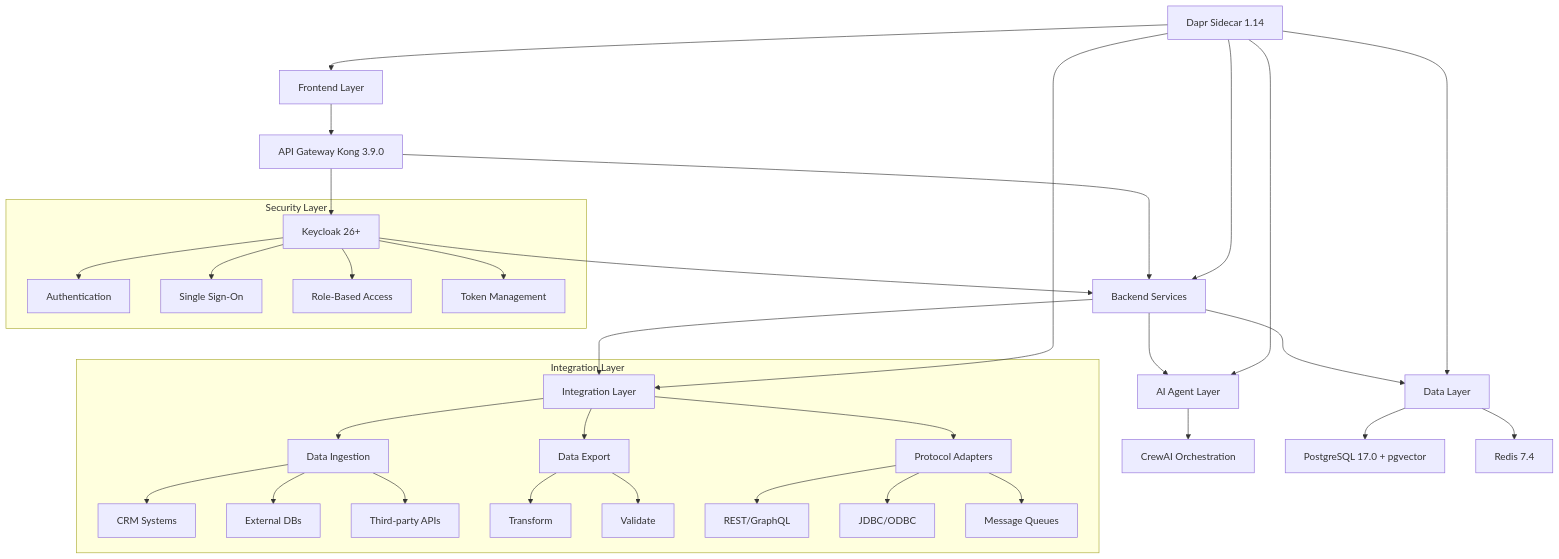
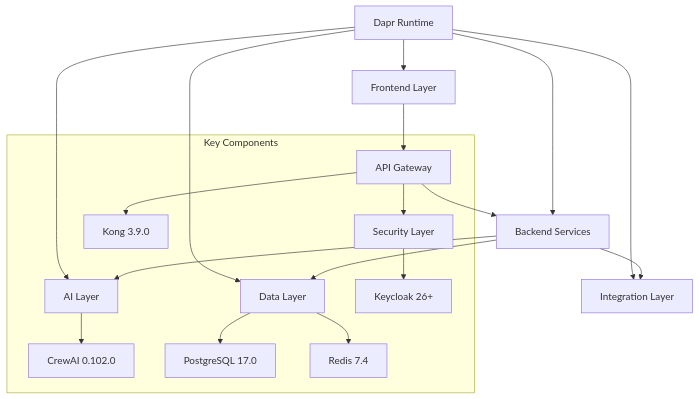
Before and after one commit to jihadajUAEU/bluemeshv2: the diagram in README.md, drawn with Mermaid. The commit also changed other lines of this file and 2 other files, not shown here.

````diff
--- a/README.md
+++ b/README.md
@@ -12,39 +18,18 @@
 ```mermaid
 graph TD
-    A[Frontend Layer] --> B[API Gateway Kong 3.9.0]
+    A[Frontend Layer] --> B[API Gateway]
     B --> C[Backend Services]
-    B --> K[Keycloak 26+]
-    K --> C
-    C --> D[AI Agent Layer]
+    B --> K[Security Layer]
+    C --> D[AI Layer]
     C --> E[Data Layer]
     C --> I[Integration Layer]
-    D --> F[CrewAI Orchestration]
-    E --> G[PostgreSQL 17.0 + pgvector]
-    E --> H[Redis 7.4]
-    J[Dapr Sidecar 1.14] --> A
-    J --> C
-    J --> D
-    J --> E
-    J --> I
+    J[Dapr Runtime] --> A & C & D & E & I
 
-    subgraph Security Layer
-        K --> Auth[Authentication]
-        K --> SSO[Single Sign-On]
-        K --> RBAC[Role-Based Access]
-        K --> Token[Token Management]
-    end
-
-    subgraph Integration Layer
-        I --> I1[Data Ingestion]
-        I --> I2[Data Export]
-        I --> I3[Protocol Adapters]
-        I1 --> I4[CRM Systems]
-        I1 --> I5[External DBs]
-        I1 --> I6[Third-party APIs]
-        I2 --> I7[Transform]
-        I2 --> I8[Validate]
-        I3 --> I9[REST/GraphQL]
-        I3 --> I10[JDBC/ODBC]
-        I3 --> I11[Message Queues]
+    subgraph Key Components
+        B --> Kong[Kong 3.9.0]
+        K --> Keycloak[Keycloak 26+]
+        D --> CrewAI[CrewAI 0.102.0]
+        E --> DB[PostgreSQL 17.0]
+        E --> Cache[Redis 7.4]
     end
 ```
````
